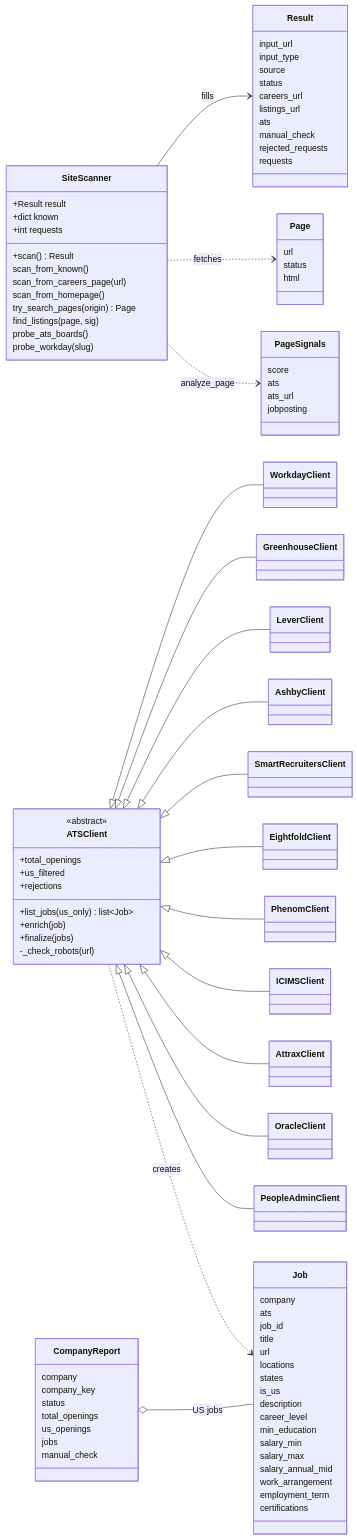
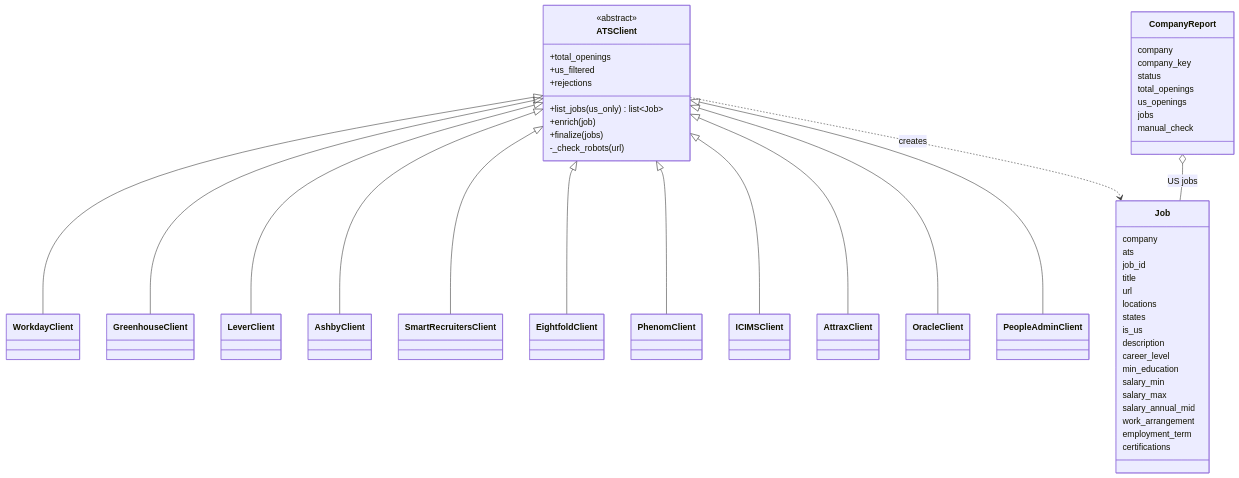
The fifth of 7 diagrams in ARCHITECTURE.md (gonzalou77/career-sifter), drawn with Mermaid before and after one commit. The commit also changed other lines of this file, not shown here.

Commit message:
Fix clipped text in architecture diagrams
- Flowcharts draw labels as SVG text (htmlLabels: false) so boxes are
  sized from the text actually drawn; GitHub's HTML labels measured one
  font and drew another, cutting lines off
- Shorter label lines (about 24 characters) throughout
- Class diagram split in two (finder classes; job-board adapters top to
  bottom) so all 11 adapters fit under ATSClient
- Checked by rendering every diagram with Mermaid 11 in headless Edge

````diff
--- a/ARCHITECTURE.md
+++ b/ARCHITECTURE.md
@@ -138,43 +190,6 @@
 ```mermaid
 classDiagram
-    direction LR
-
-    class SiteScanner {
-        +Result result
-        +dict known
-        +int requests
-        +scan() Result
-        scan_from_known()
-        scan_from_careers_page(url)
-        scan_from_homepage()
-        try_search_pages(origin) Page
-        find_listings(page, sig)
-        probe_ats_boards()
-        probe_workday(slug)
-    }
-    class Result {
-        input_url
-        input_type
-        source
-        status
-        careers_url
-        listings_url
-        ats
-        manual_check
-        rejected_requests
-        requests
-    }
-    class Page {
-        url
-        status
-        html
-    }
-    class PageSignals {
-        score
-        ats
-        ats_url
-        jobposting
-    }
+    direction TB
 
     class ATSClient {
         <<abstract>>
@@ -215,9 +230,6 @@
         manual_check
     }
 
-    SiteScanner --> Result : fills
-    SiteScanner ..> Page : fetches
-    SiteScanner ..> PageSignals : analyze_page
     ATSClient <|-- WorkdayClient
     ATSClient <|-- GreenhouseClient
     ATSClient <|-- LeverClient
````
